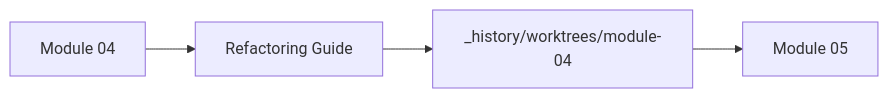
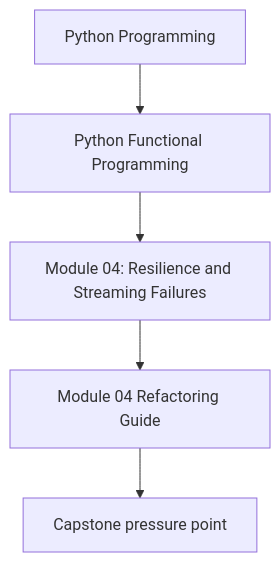
Before and after one commit to bijux/bijux-masterclass: the first of 2 diagrams in programs/python-programming/python-functional-programming/course-book/module-04-resilience-and-streaming-failures/refactoring-guide.md, drawn with Mermaid. The commit also changed other lines of this file and 118 other files, not shown here.

Commit message:
docs(python-functional-programming): align concept page diagrams

````diff
--- a/programs/python-programming/python-functional-programming/course-book/module-04-resilience-and-streaming-failures/refactoring-guide.md
+++ b/programs/python-programming/python-functional-programming/course-book/module-04-resilience-and-streaming-failures/refactoring-guide.md
@@ -7,6 +7,7 @@
 ```mermaid
-graph LR
-  module["Module 04"] --> guide["Refactoring Guide"]
-  guide --> worktree["_history/worktrees/module-04"]
-  worktree --> next["Module 05"]
+flowchart TD
+  family["Python Programming"] --> program["Python Functional Programming"]
+  program --> module["Module 04: Resilience and Streaming Failures"]
+  module --> concept["Module 04 Refactoring Guide"]
+  concept --> capstone["Capstone pressure point"]
 ```
````
